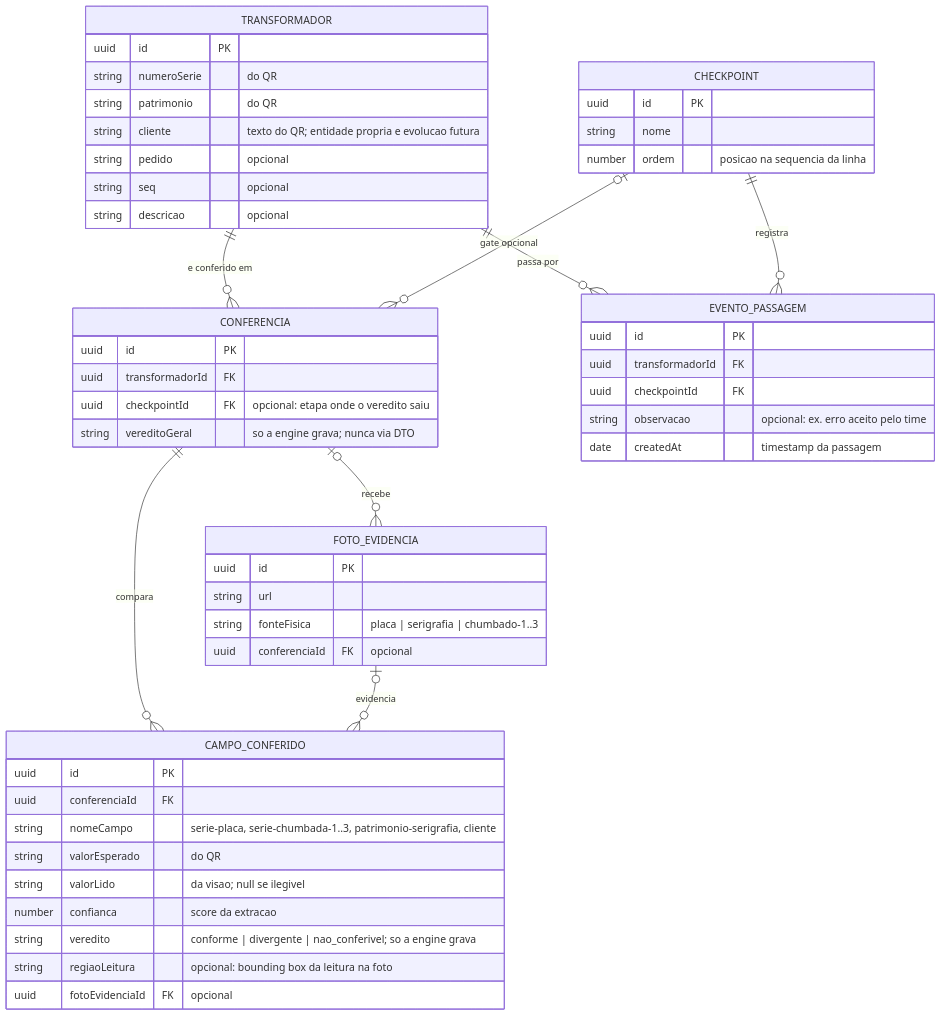
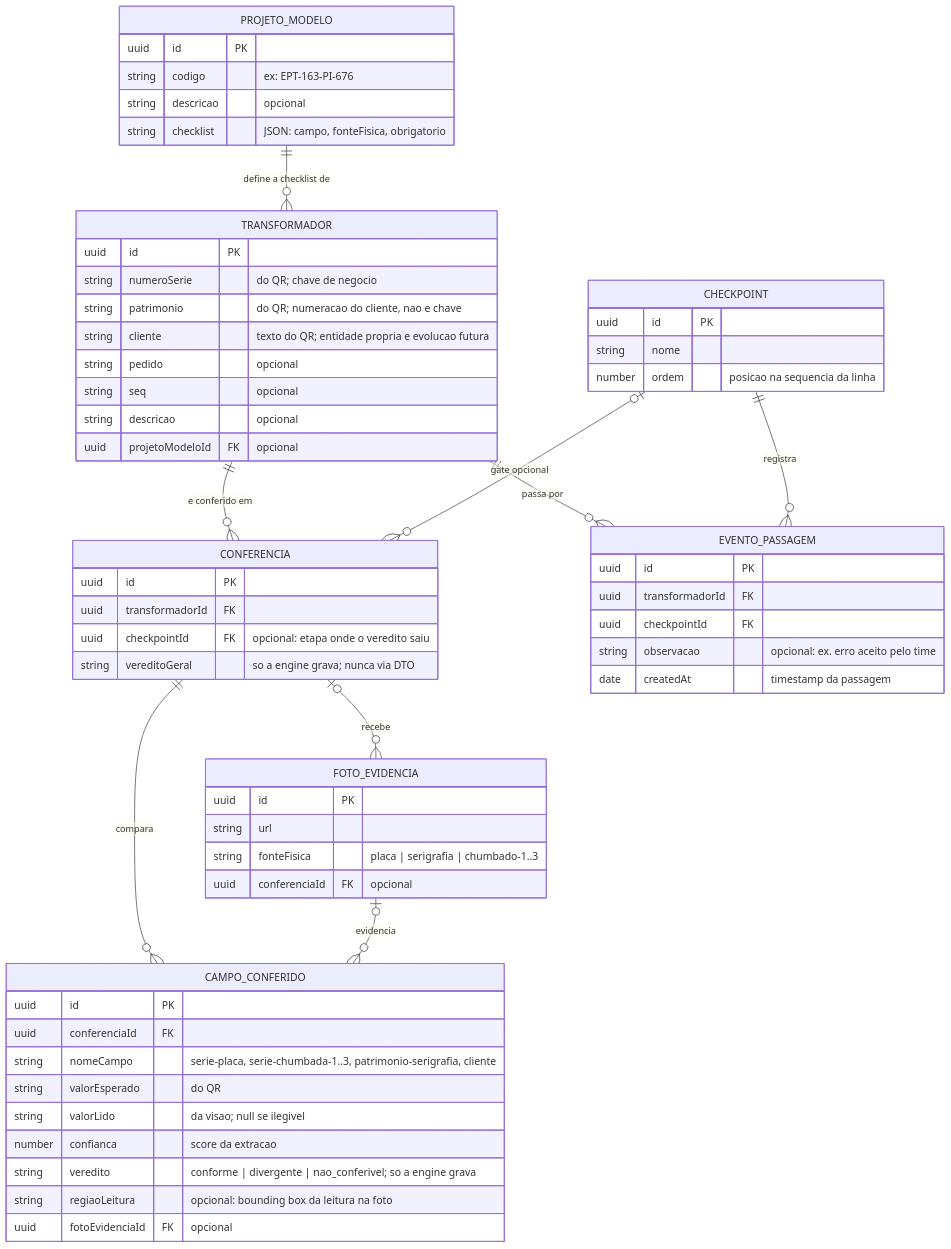
Before and after one commit to vctorgriggi/HackStars-Equipe3: the first of 2 diagrams in SPEC.md, drawn with Mermaid. The commit also changed other lines of this file and 27 other files, not shown here.

First line of the commit message:
feat: ProjetoModelo — checklist do projeto como dado desde a fundação

````diff
--- a/SPEC.md
+++ b/SPEC.md
@@ -70,55 +77,63 @@
 ```mermaid
 erDiagram
+    PROJETO_MODELO ||--o{ TRANSFORMADOR : "define a checklist de"
     TRANSFORMADOR ||--o{ CONFERENCIA : "e conferido em"
     TRANSFORMADOR ||--o{ EVENTO_PASSAGEM : "passa por"
     CHECKPOINT ||--o{ EVENTO_PASSAGEM : "registra"
     CHECKPOINT |o--o{ CONFERENCIA : "gate opcional"
     CONFERENCIA ||--o{ CAMPO_CONFERIDO : "compara"
     CONFERENCIA |o--o{ FOTO_EVIDENCIA : "recebe"
     FOTO_EVIDENCIA |o--o{ CAMPO_CONFERIDO : "evidencia"
 
+    PROJETO_MODELO {
+        uuid id PK
+        string codigo "ex: EPT-163-PI-676"
+        string descricao "opcional"
+        string checklist "JSON: campo, fonteFisica, obrigatorio"
+    }
     TRANSFORMADOR {
         uuid id PK
-        string numeroSerie "do QR"
-        string patrimonio "do QR"
+        string numeroSerie "do QR; chave de negocio"
+        string patrimonio "do QR; numeracao do cliente, nao e chave"
         string cliente "texto do QR; entidade propria e evolucao futura"
         string pedido "opcional"
         string seq "opcional"
         string descricao "opcional"
+        uuid projetoModeloId FK "opcional"
     }
     CHECKPOINT {
         uuid id PK
         string nome
         number ordem "posicao na sequencia da linha"
     }
     CONFERENCIA {
         uuid id PK
         uuid transformadorId FK
         uuid checkpointId FK "opcional: etapa onde o veredito saiu"
         string vereditoGeral "so a engine grava; nunca via DTO"
     }
     CAMPO_CONFERIDO {
         uuid id PK
         uuid conferenciaId FK
         string nomeCampo "serie-placa, serie-chumbada-1..3, patrimonio-serigrafia, cliente"
         string valorEsperado "do QR"
         string valorLido "da visao; null se ilegivel"
         number confianca "score da extracao"
         string veredito "conforme | divergente | nao_conferivel; so a engine grava"
         string regiaoLeitura "opcional: bounding box da leitura na foto"
         uuid fotoEvidenciaId FK "opcional"
     }
     FOTO_EVIDENCIA {
         uuid id PK
         string url
         string fonteFisica "placa | serigrafia | chumbado-1..3"
         uuid conferenciaId FK "opcional"
     }
     EVENTO_PASSAGEM {
         uuid id PK
         uuid transformadorId FK
         uuid checkpointId FK
         string observacao "opcional: ex. erro aceito pelo time"
         date createdAt "timestamp da passagem"
     }
 ```
````
